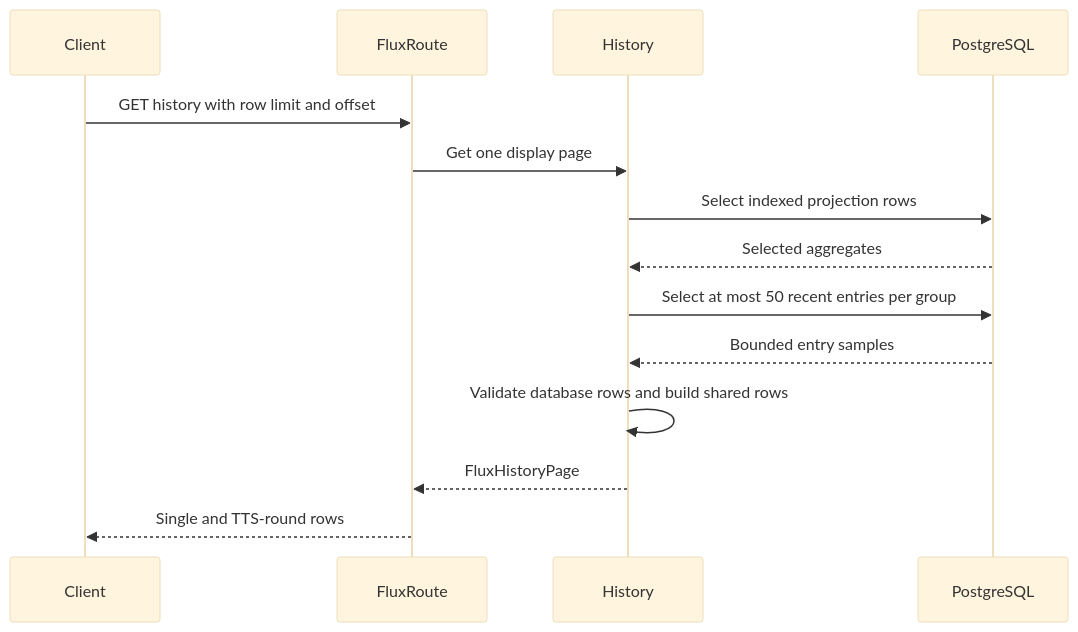
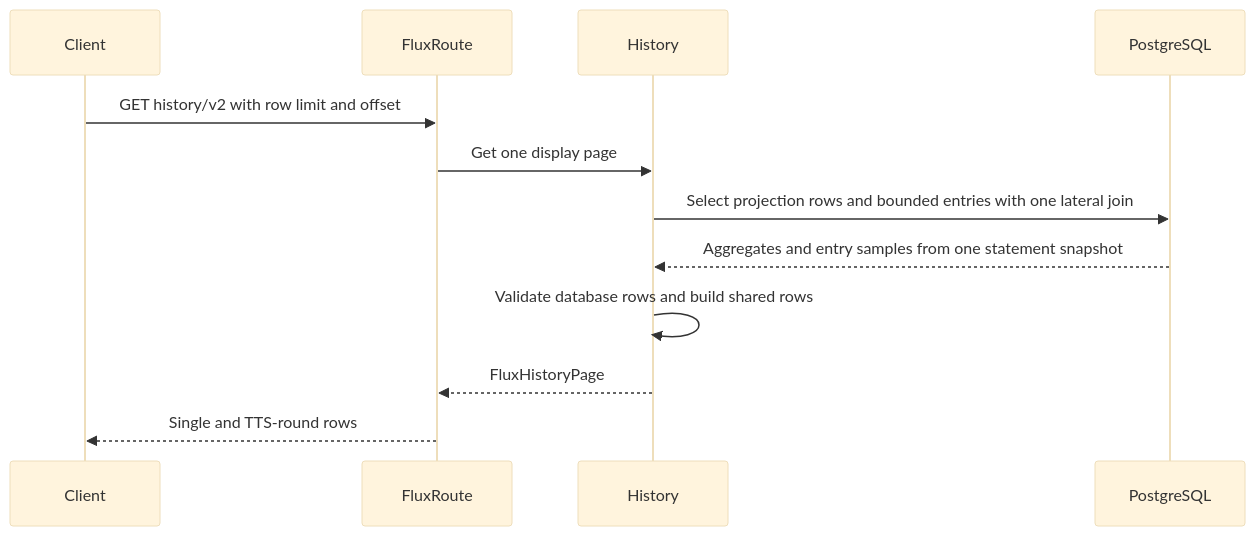
One commit to moeru-ai/airi changed the third of 3 diagrams in server/docs/ai/adr/2026-09-17-tts-flux-history-read-model.md. Above: the diagram before and after it, drawn with Mermaid (base theme). The commit also changed other lines of this file and 6 other files, not shown here.

Commit message:
fix(server): preserve Flux history compatibility

````diff
--- a/server/docs/ai/adr/2026-09-17-tts-flux-history-read-model.md
+++ b/server/docs/ai/adr/2026-09-17-tts-flux-history-read-model.md
@@ -188,16 +194,14 @@
 ```mermaid
 sequenceDiagram
   participant Client
   participant FluxRoute
   participant History
   participant PostgreSQL
-  Client->>FluxRoute: GET history with row limit and offset
+  Client->>FluxRoute: GET history/v2 with row limit and offset
   FluxRoute->>History: Get one display page
-  History->>PostgreSQL: Select indexed projection rows
-  PostgreSQL-->>History: Selected aggregates
-  History->>PostgreSQL: Select at most 50 recent entries per group
-  PostgreSQL-->>History: Bounded entry samples
+  History->>PostgreSQL: Select projection rows and bounded entries with one lateral join
+  PostgreSQL-->>History: Aggregates and entry samples from one statement snapshot
   History->>History: Validate database rows and build shared rows
   History-->>FluxRoute: FluxHistoryPage
   FluxRoute-->>Client: Single and TTS-round rows
 ```
````
